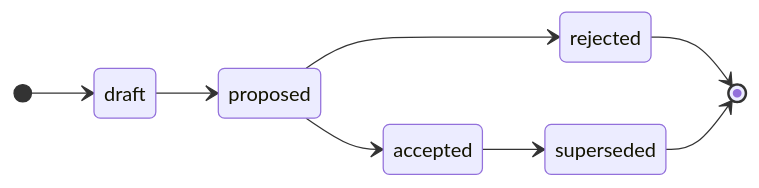
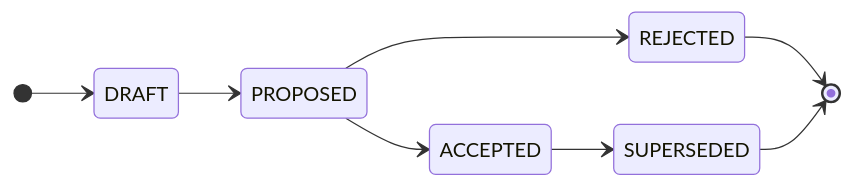
The diagram in CONTRIBUTING.md (kieranpotts/rfc), drawn with Mermaid before and after one commit. The commit also changed other lines of this file and 2 other files, not shown here.

````diff
--- a/CONTRIBUTING.md
+++ b/CONTRIBUTING.md
@@ -116,11 +52,11 @@
 ```mermaid
 stateDiagram-v2
   direction LR
-  [*] --> draft
-  draft --> proposed
-  proposed --> accepted
-  proposed --> rejected
-  accepted --> superseded
-  rejected --> [*]
-  superseded --> [*]
+  [*] --> DRAFT
+  DRAFT --> PROPOSED
+  PROPOSED --> ACCEPTED
+  PROPOSED --> REJECTED
+  ACCEPTED --> SUPERSEDED
+  REJECTED --> [*]
+  SUPERSEDED --> [*]
 ```
````
